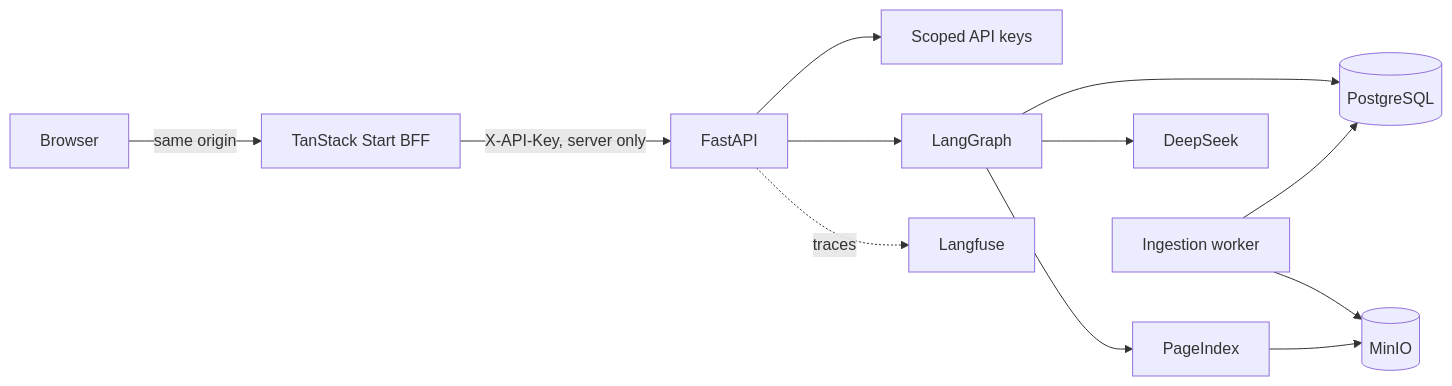
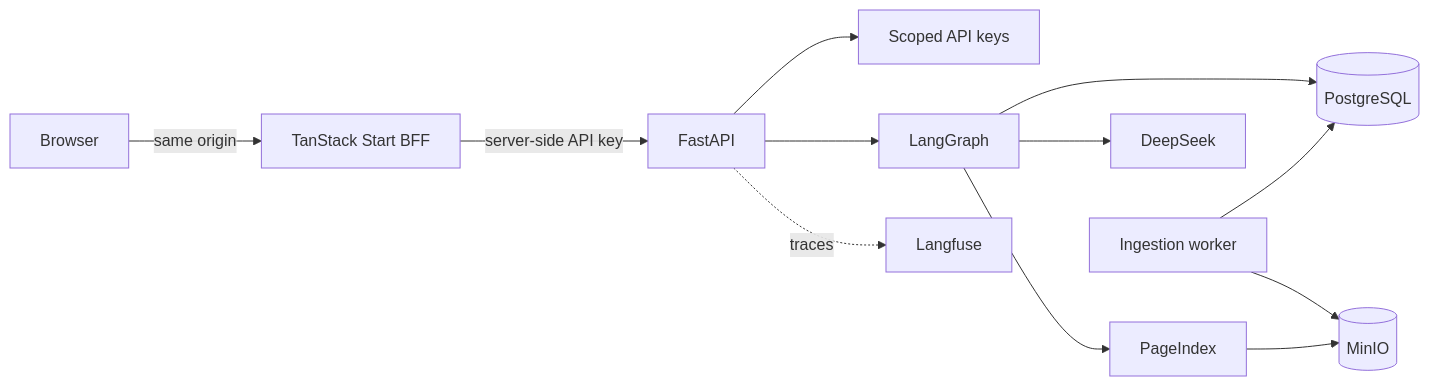
Before and after one commit to ProofOfTechOrg/vectorless-rag: the diagram in README.md, drawn with Mermaid. The commit also changed other lines of this file and 41 other files, not shown here.

````diff
--- a/README.md
+++ b/README.md
@@ -49,14 +43,14 @@
 ```mermaid
 flowchart LR
   Browser -->|same origin| BFF[TanStack Start BFF]
-  BFF -->|X-API-Key, server only| API[FastAPI]
+  BFF -->|server-side API key| API[FastAPI]
   API --> Auth[Scoped API keys]
   API --> Graph[LangGraph]
   Graph --> Catalog[(PostgreSQL)]
   Graph --> Model[DeepSeek]
   Graph --> Trees[PageIndex]
   Trees --> Objects[(MinIO)]
   API -. traces .-> Langfuse
   Worker[Ingestion worker] --> Catalog
   Worker --> Objects
 ```
````
